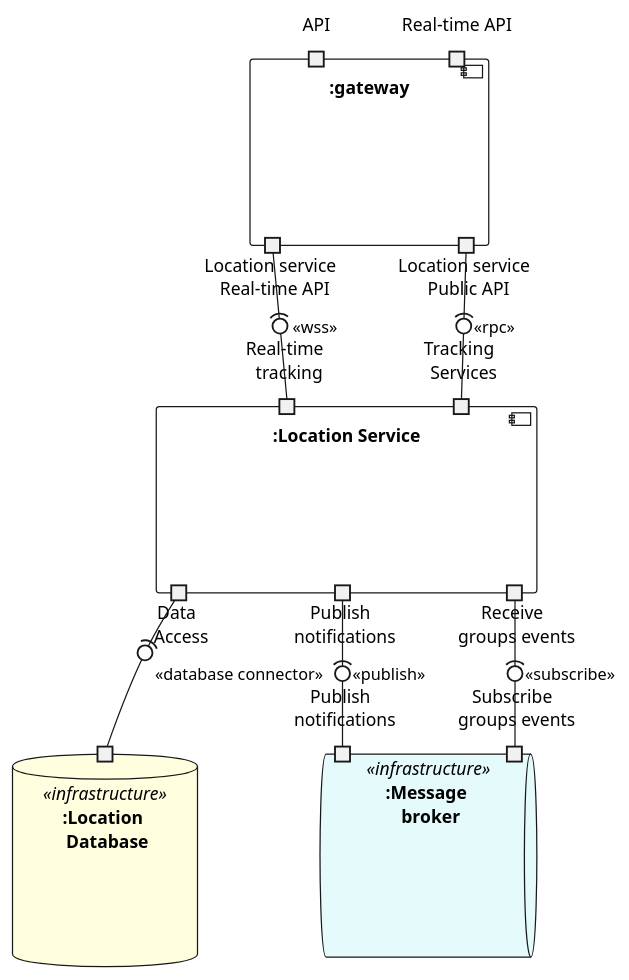
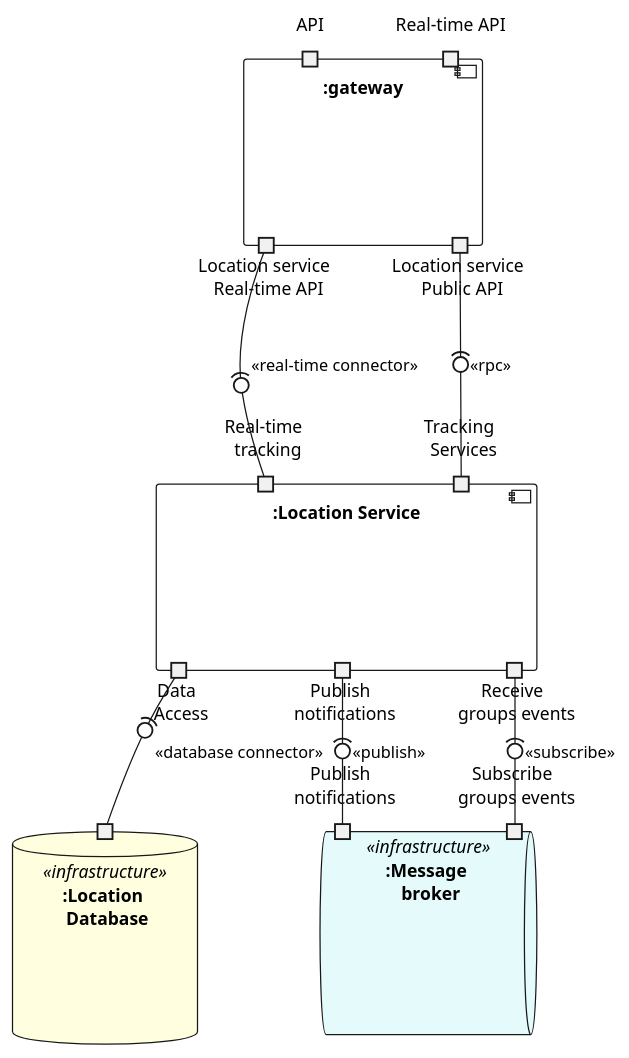
The first of 3 diagrams in content/docs/3-arch-design/2-architecture-design.md (position-pal/Documentation), drawn with PlantUML before and after one commit. The commit also changed other lines of this file and 4 other files, not shown here.

````diff
--- a/content/docs/3-arch-design/2-architecture-design.md
+++ b/content/docs/3-arch-design/2-architecture-design.md
@@ -55,39 +57,39 @@
 ```plantuml
 @startuml arch-cc-location
 '========================== Styling =========================='
 skinparam component {
     BackgroundColor<<external>> White
     BackgroundColor<<executable>> #e3f6e3
 }
 skinparam DatabaseBackgroundColor LightYellow
 skinparam QueueBackgroundColor #e4fafb
 '========================= Components ========================'
 component ":gateway" {
     portin "API" as GATEWAY_API
     portin "Real-time API" as GATEWAY_REALTIME
     portout "Location service \n Real-time API" as GATEWAY_LOC_REALTIME
     portout "Location service \n Public API" as GATEWAY_LOC_API
 }
 
 component ":Location Service" {
     portin "Real-time \n tracking" as LOC_REALTIME
     portin "Tracking \n Services" as LOC_TRACK
     portout "Data \n Access" as LOC_DA
     portout "Publish \n notifications" as LOC_PUB
     portout "Receive \n groups events" as LOC_SUB
 }
-GATEWAY_LOC_REALTIME -(0- LOC_REALTIME : <<wss>>
+GATEWAY_LOC_REALTIME --(0- LOC_REALTIME : <<real-time connector>>
 GATEWAY_LOC_API -(0- LOC_TRACK : <<rpc>>
 database ":Location \n Database" as LOC_DB <<infrastructure>> {
     portin " " as LOC_DB_DA
 }
 LOC_DA -(0- LOC_DB_DA : <<database connector>>
 
 queue ":Message \n broker" <<infrastructure>> {
     portin "Publish \n notifications" as MB_PUB_NOTIF
     portin "Subscribe \n groups events" as MB_SUB_GRPS
 }
 LOC_PUB -(0- MB_PUB_NOTIF : <<publish>>
 LOC_SUB -(0- MB_SUB_GRPS : <<subscribe>>
 @enduml
 ```
````
